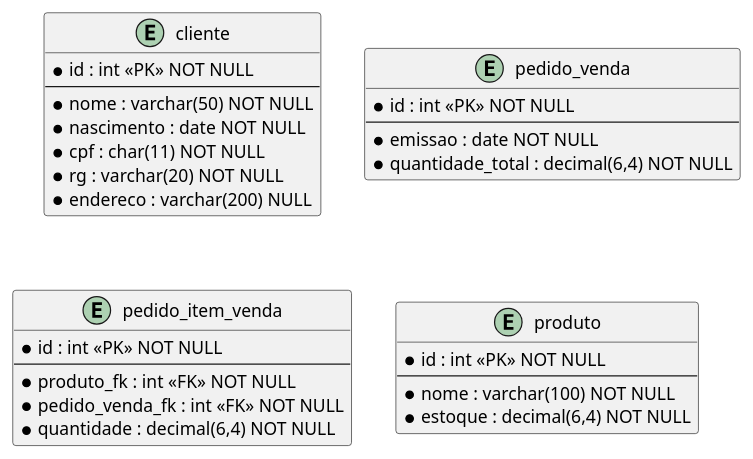
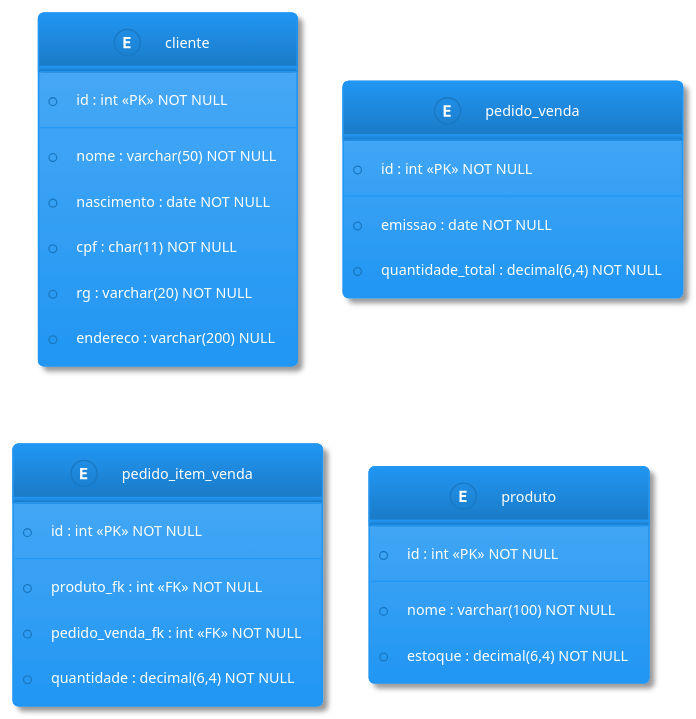
The diagram in docs/marcio_system-professor.puml (curso7testa/database2022), drawn with PlantUML before and after one commit. The commit also changed 8 other files, not shown here.

```diff
--- a/docs/marcio_system-professor.puml
+++ b/docs/marcio_system-professor.puml
@@ -1,31 +1,32 @@
 @startuml marcio_system
-entity cliente {
-    *id : int <<PK>> NOT NULL
-    --
-    *nome : varchar(50) NOT NULL
-    *nascimento : date NOT NULL
-    *cpf : char(11) NOT NULL
-    *rg : varchar(20) NOT NULL
-    *endereco : varchar(200) NULL
-}
-entity pedido_venda {
-    *id : int <<PK>> NOT NULL
-    --
-    *emissao : date NOT NULL
-    *quantidade_total : decimal(6,4) NOT NULL
-}
-entity pedido_item_venda {
-    *id : int <<PK>> NOT NULL
-    --
-    '*produto_id : int <<FK>> NOT NULL
-    *produto_fk : int <<FK>> NOT NULL
-    *pedido_venda_fk : int <<FK>> NOT NULL
-    *quantidade : decimal(6,4) NOT NULL 
-}
-entity produto {
-    *id : int <<PK>> NOT NULL
-    --
-    *nome : varchar(100) NOT NULL
-    *estoque : decimal(6,4) NOT NULL
-}
+    !theme materia
+    entity cliente {
+        *id : int <<PK>> NOT NULL
+        --
+        *nome : varchar(50) NOT NULL
+        *nascimento : date NOT NULL
+        *cpf : char(11) NOT NULL
+        *rg : varchar(20) NOT NULL
+        *endereco : varchar(200) NULL
+    }
+    entity pedido_venda {
+        *id : int <<PK>> NOT NULL
+        --
+        *emissao : date NOT NULL
+        *quantidade_total : decimal(6,4) NOT NULL
+    }
+    entity pedido_item_venda {
+        *id : int <<PK>> NOT NULL
+        --
+        '*produto_id : int <<FK>> NOT NULL
+        *produto_fk : int <<FK>> NOT NULL
+        *pedido_venda_fk : int <<FK>> NOT NULL
+        *quantidade : decimal(6,4) NOT NULL 
+    }
+    entity produto {
+        *id : int <<PK>> NOT NULL
+        --
+        *nome : varchar(100) NOT NULL
+        *estoque : decimal(6,4) NOT NULL
+    }
 @enduml
```
